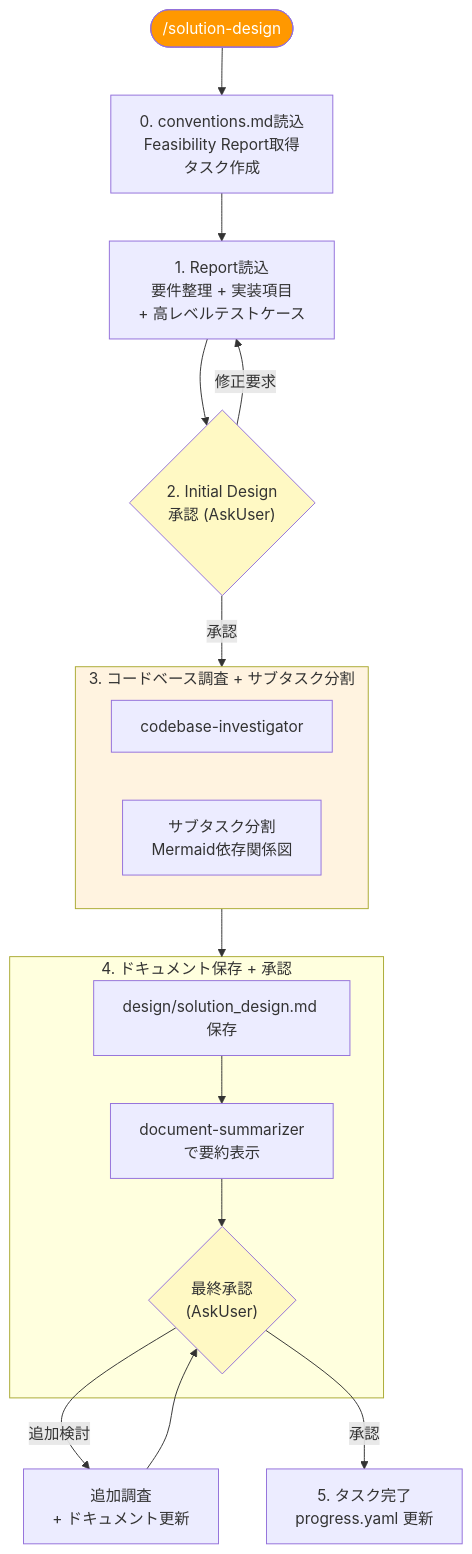
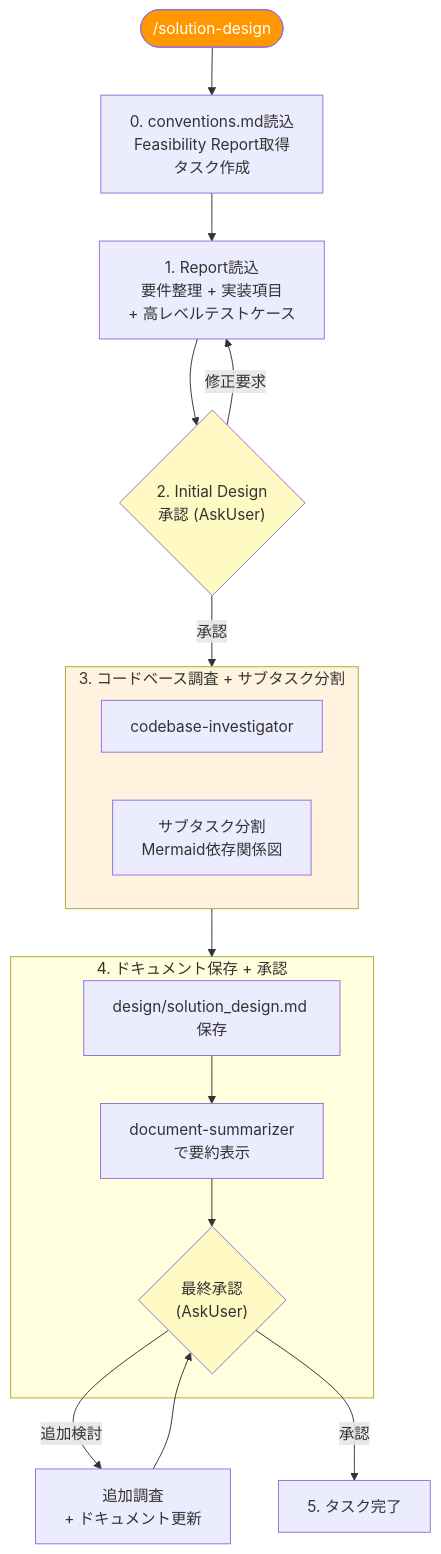
One commit to taakashifukada/app-dev-prompt-suite changed the third of 5 diagrams in plugins/app-dev-suite/doc/workflow-diagrams.md. Above: the diagram before and after it, drawn with Mermaid. The commit also changed other lines of this file and 7 other files, not shown here.

````diff
--- a/plugins/app-dev-suite/doc/workflow-diagrams.md
+++ b/plugins/app-dev-suite/doc/workflow-diagrams.md
@@ -74,31 +74,31 @@
 ```mermaid
 flowchart TD
     Start(["/solution-design"]) --> Init["0. conventions.md読込\nFeasibility Report取得\nタスク作成"]
 
     Init --> Analyze["1. Report読込\n要件整理 + 実装項目\n+ 高レベルテストケース"]
     Analyze --> Approve1{"2. Initial Design\n承認 (AskUser)"}
     Approve1 -- "修正要求" --> Analyze
     Approve1 -- "承認" --> DeepInvestigate
 
     subgraph DeepInvestigate["3. コードベース調査 + サブタスク分割"]
         direction LR
         D1["codebase-investigator"]
         D2["サブタスク分割\nMermaid依存関係図"]
     end
 
     DeepInvestigate --> SaveApprove
     subgraph SaveApprove["4. ドキュメント保存 + 承認"]
         Doc["design/solution_design.md 保存"]
         Summary["document-summarizer\nで要約表示"]
         Approve2{"最終承認\n(AskUser)"}
         Doc --> Summary --> Approve2
     end
     Approve2 -- "追加検討" --> AddStudy["追加調査\n+ ドキュメント更新"]
     AddStudy --> Approve2
-    Approve2 -- "承認" --> Complete["5. タスク完了\nprogress.yaml 更新"]
+    Approve2 -- "承認" --> Complete["5. タスク完了"]
 
     style Start fill:#FF9800,color:#fff
     style DeepInvestigate fill:#fff3e0
     style Approve1 fill:#fff9c4
     style Approve2 fill:#fff9c4
 ```
````
